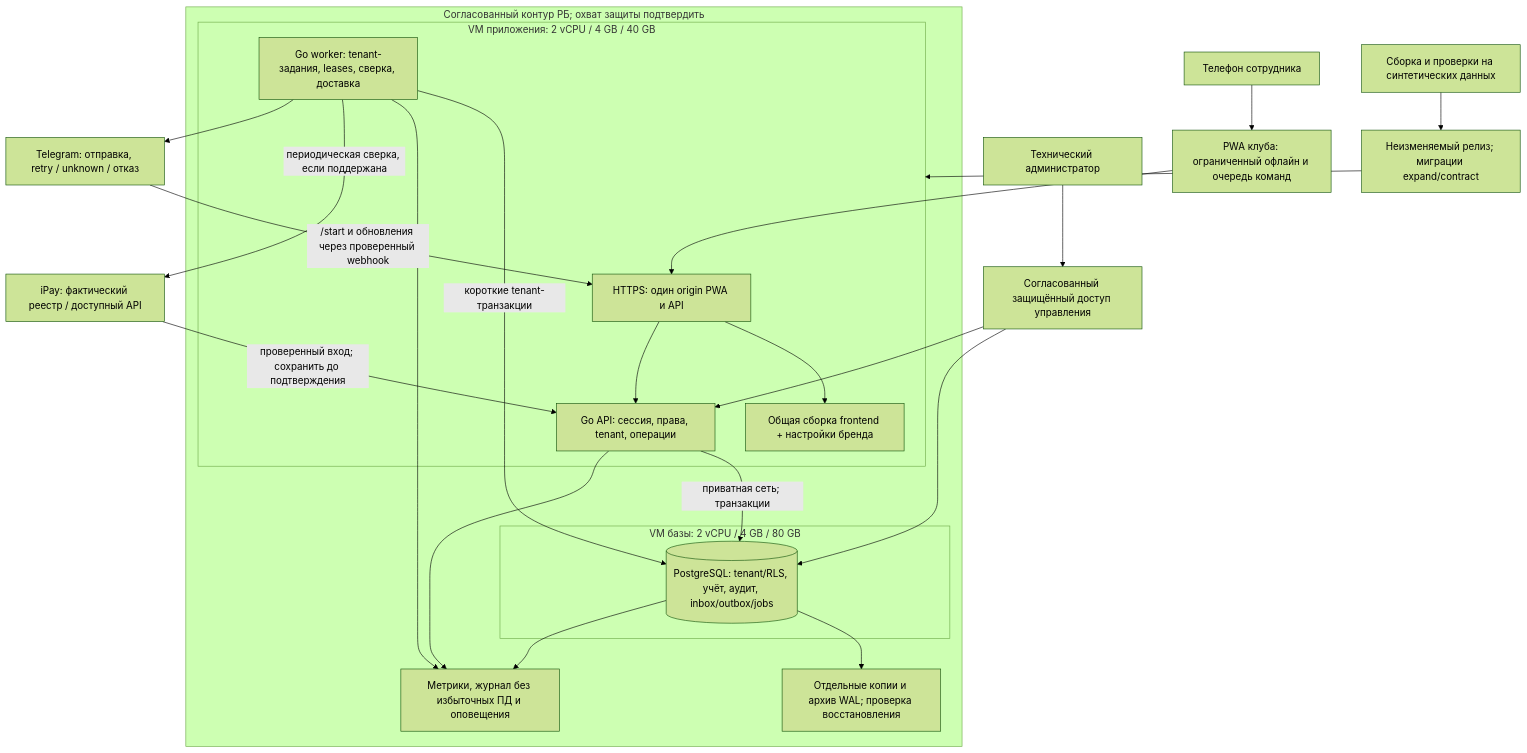
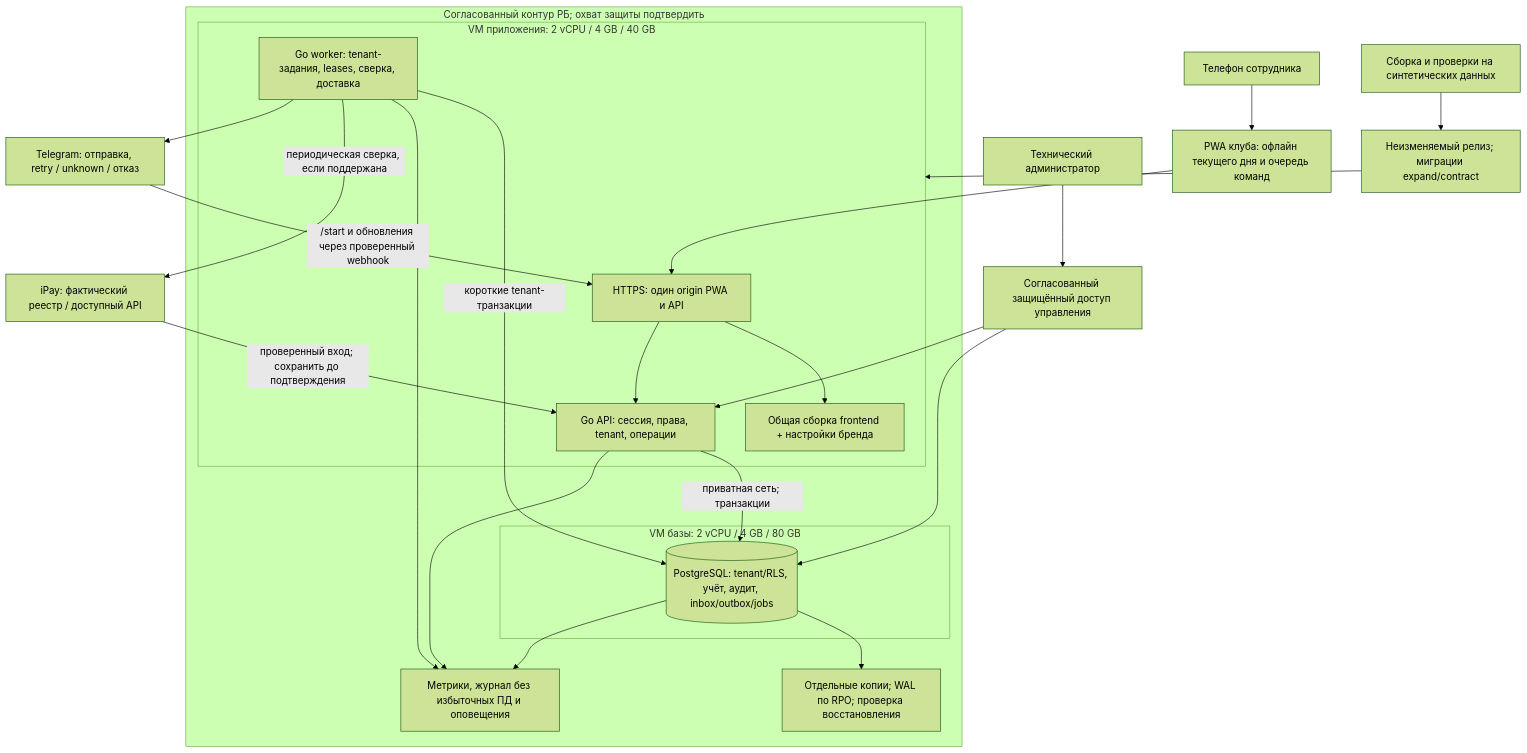
One commit to StarMadeGalaxy/JudeOS changed the first of 2 diagrams in planning/INFRASTRUCTURE.md. Above: the diagram before and after it, drawn with Mermaid (forest theme). The commit also changed other lines of this file and 20 other files, not shown here.

Commit message:
docs: align MVP plan and architecture after critical review

````diff
--- a/planning/INFRASTRUCTURE.md
+++ b/planning/INFRASTRUCTURE.md
@@ -7,33 +7,33 @@
 ```mermaid
 flowchart TB
-    Staff["Телефон сотрудника"] --> PWA["PWA клуба: ограниченный офлайн и очередь команд"]
+    Staff["Телефон сотрудника"] --> PWA["PWA клуба: офлайн текущего дня и очередь команд"]
     subgraph BY["Согласованный контур РБ; охват защиты подтвердить"]
         subgraph APP["VM приложения: 2 vCPU / 4 GB / 40 GB"]
             Edge["HTTPS: один origin PWA и API"]
             Static["Общая сборка frontend + настройки бренда"]
             API["Go API: сессия, права, tenant, операции"]
             Worker["Go worker: tenant-задания, leases, сверка, доставка"]
             Edge --> Static
             Edge --> API
         end
         subgraph DATA["VM базы: 2 vCPU / 4 GB / 80 GB"]
             DB[("PostgreSQL: tenant/RLS, учёт, аудит, inbox/outbox/jobs")]
         end
         API -->|"приватная сеть; транзакции"| DB
         Worker -->|"короткие tenant-транзакции"| DB
-        DB --> Archive["Отдельные копии и архив WAL; проверка восстановления"]
+        DB --> Archive["Отдельные копии; WAL по RPO; проверка восстановления"]
         API --> Monitor["Метрики, журнал без избыточных ПД и оповещения"]
         Worker --> Monitor
         DB --> Monitor
     end
     PWA --> Edge
     Pay["iPay: фактический реестр / доступный API"] -->|"проверенный вход; сохранить до подтверждения"| API
     Worker -->|"периодическая сверка, если поддержана"| Pay
     Worker --> Telegram["Telegram: отправка, retry / unknown / отказ"]
     Telegram -->|"/start и обновления через проверенный webhook"| Edge
     Admin["Технический администратор"] --> Access["Согласованный защищённый доступ управления"]
     Access --> API
     Access --> DB
     CI["Сборка и проверки на синтетических данных"] --> Release["Неизменяемый релиз; миграции expand/contract"]
     Release --> APP
 ```
````
